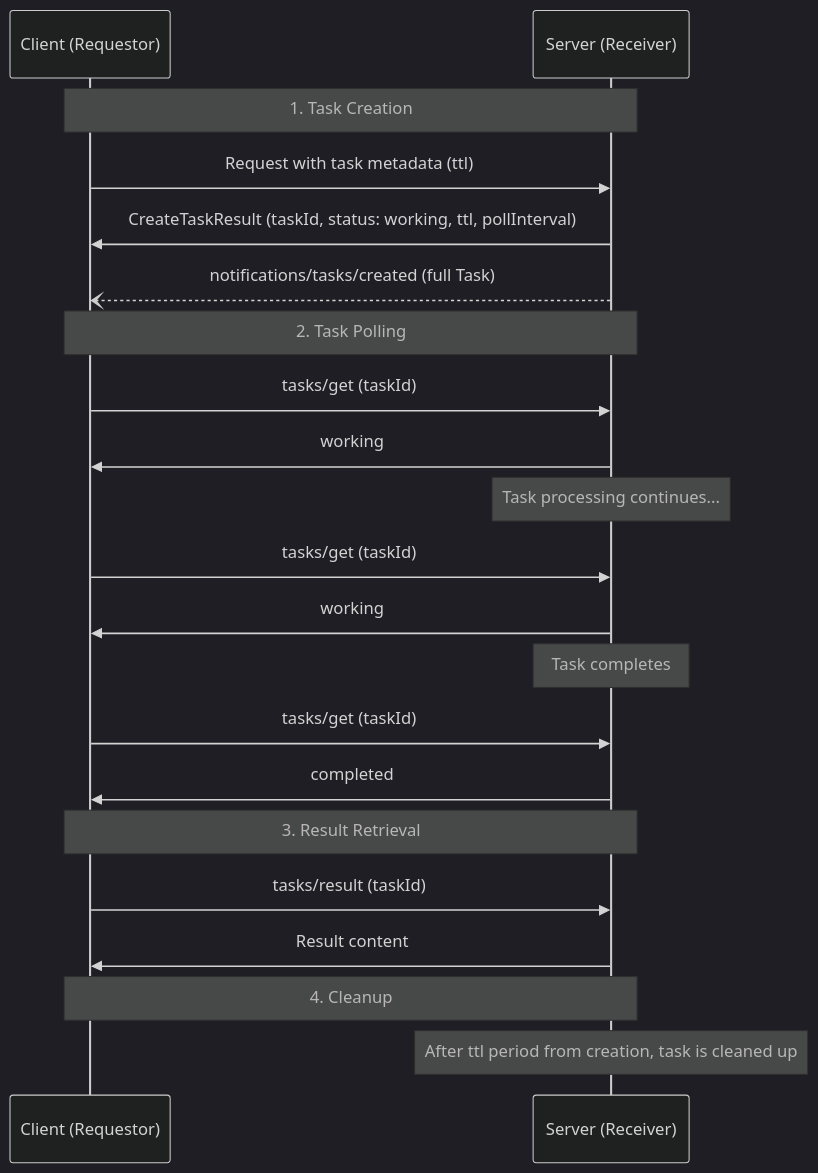
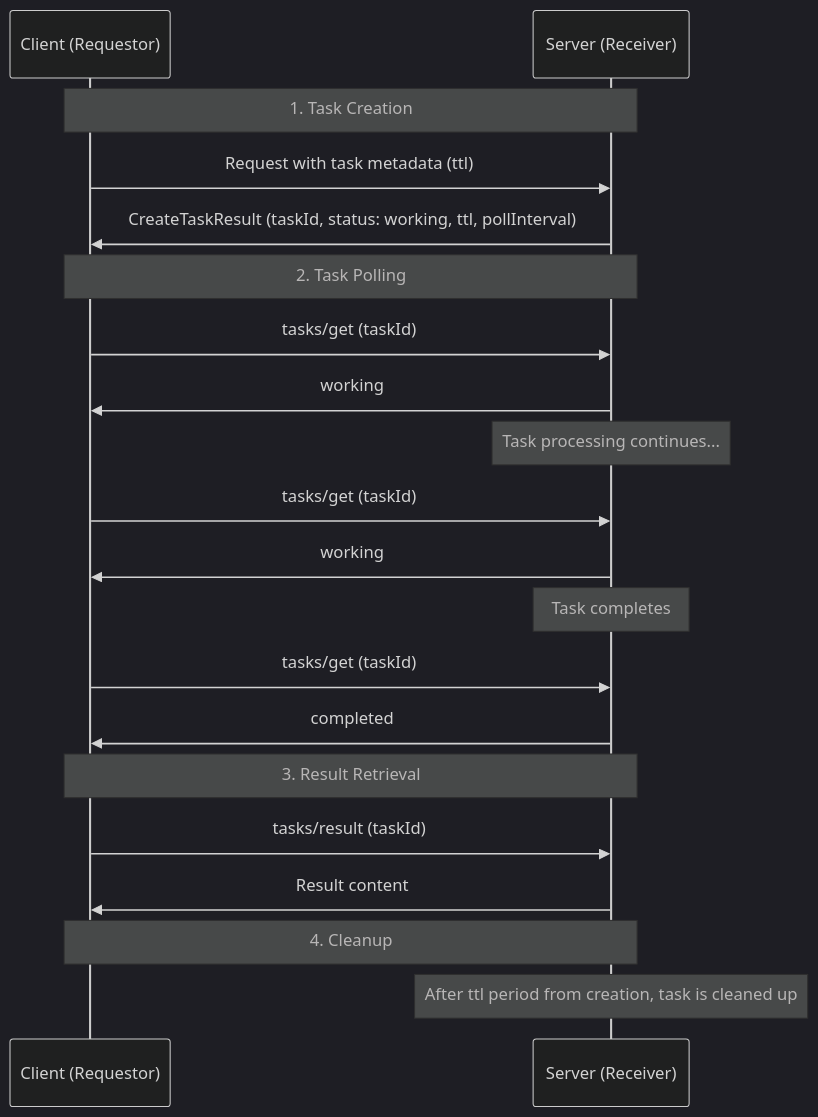
The second of 5 diagrams in docs/specification/draft/basic/utilities/tasks.mdx (scottslewis/modelcontextprotocol), drawn with Mermaid (dark theme) before and after one commit. The commit also changed other lines of this file and 4 other files, not shown here.

First line of the commit message:
Remove notifications/tasks/created

````diff
--- a/docs/specification/draft/basic/utilities/tasks.mdx
+++ b/docs/specification/draft/basic/utilities/tasks.mdx
@@ -486,23 +450,22 @@
 ```mermaid
 sequenceDiagram
     participant C as Client (Requestor)
     participant S as Server (Receiver)
     Note over C,S: 1. Task Creation
     C->>S: Request with task metadata (ttl)
     S->>C: CreateTaskResult (taskId, status: working, ttl, pollInterval)
-    S--)C: notifications/tasks/created (full Task)
     Note over C,S: 2. Task Polling
     C->>S: tasks/get (taskId)
     S->>C: working
     Note over S: Task processing continues...
     C->>S: tasks/get (taskId)
     S->>C: working
     Note over S: Task completes
     C->>S: tasks/get (taskId)
     S->>C: completed
     Note over C,S: 3. Result Retrieval
     C->>S: tasks/result (taskId)
     S->>C: Result content
     Note over C,S: 4. Cleanup
     Note over S: After ttl period from creation, task is cleaned up
 ```
````
